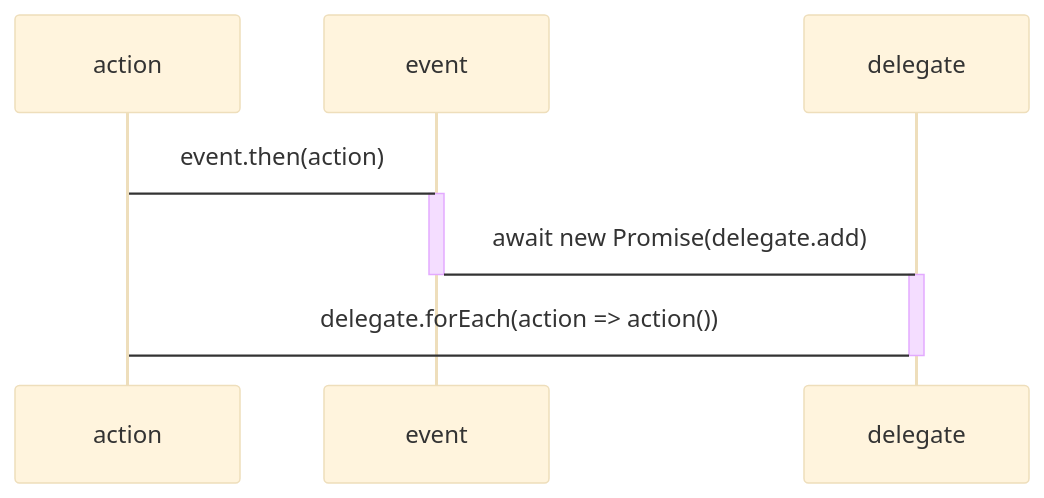
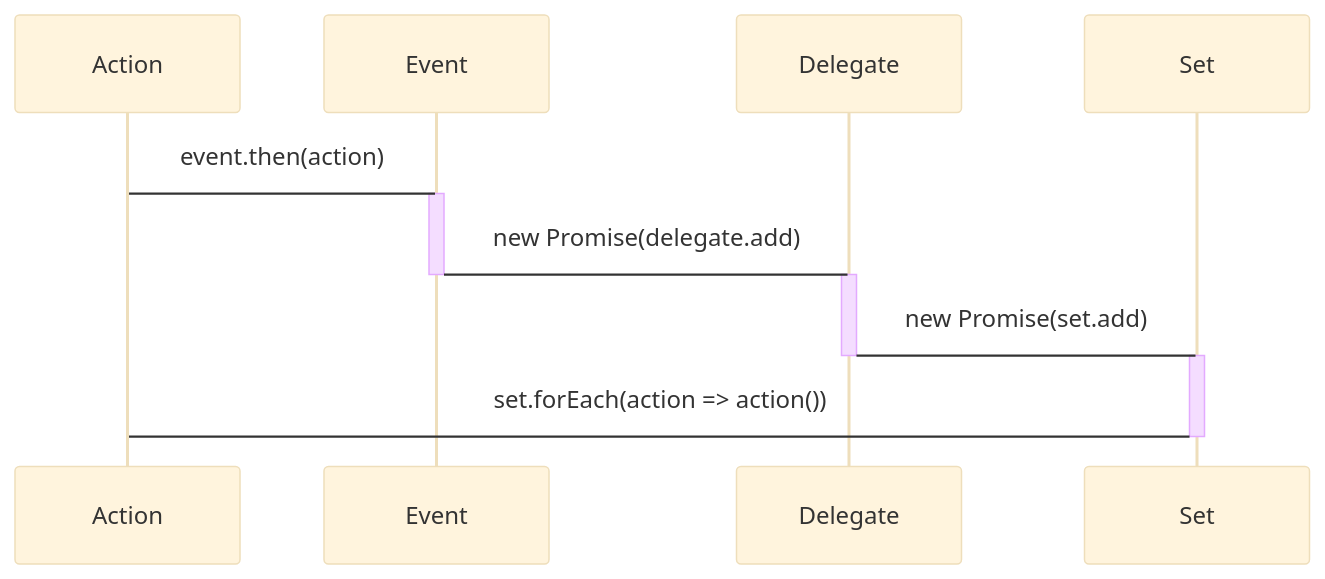
The first of 4 diagrams in README.md (domrally/peekeasy), drawn with Mermaid (base theme) before and after one commit.

````diff
--- a/README.md
+++ b/README.md
@@ -50,10 +50,13 @@
 ```mermaid
 sequenceDiagram
-    action->event: event.then(action)
-    activate event
-    event->delegate: await new Promise(delegate.add)
-    deactivate event
-    activate delegate
-    delegate->action: delegate.forEach(action => action())
-    deactivate delegate
+    Action->Event: event.then(action)
+    activate Event
+    Event->Delegate: new Promise(delegate.add)
+    deactivate Event
+    activate Delegate
+	 Delegate->Set: new Promise(set.add)
+	 deactivate Delegate
+	 activate Set
+	 Set->Action: set.forEach(action => action())
+	 deactivate Set
 ```
````
